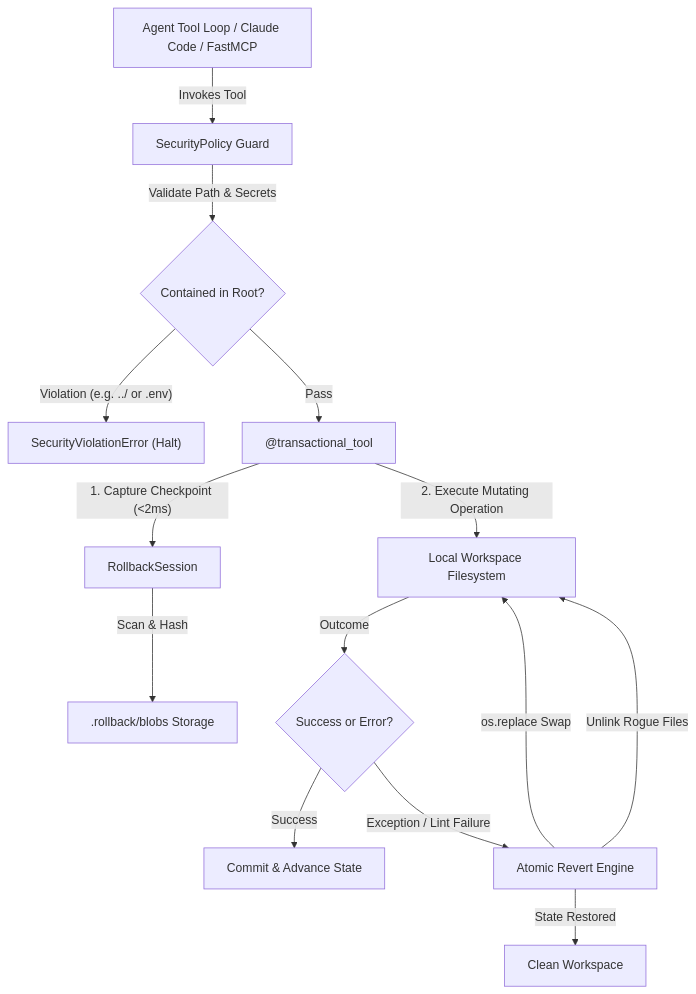
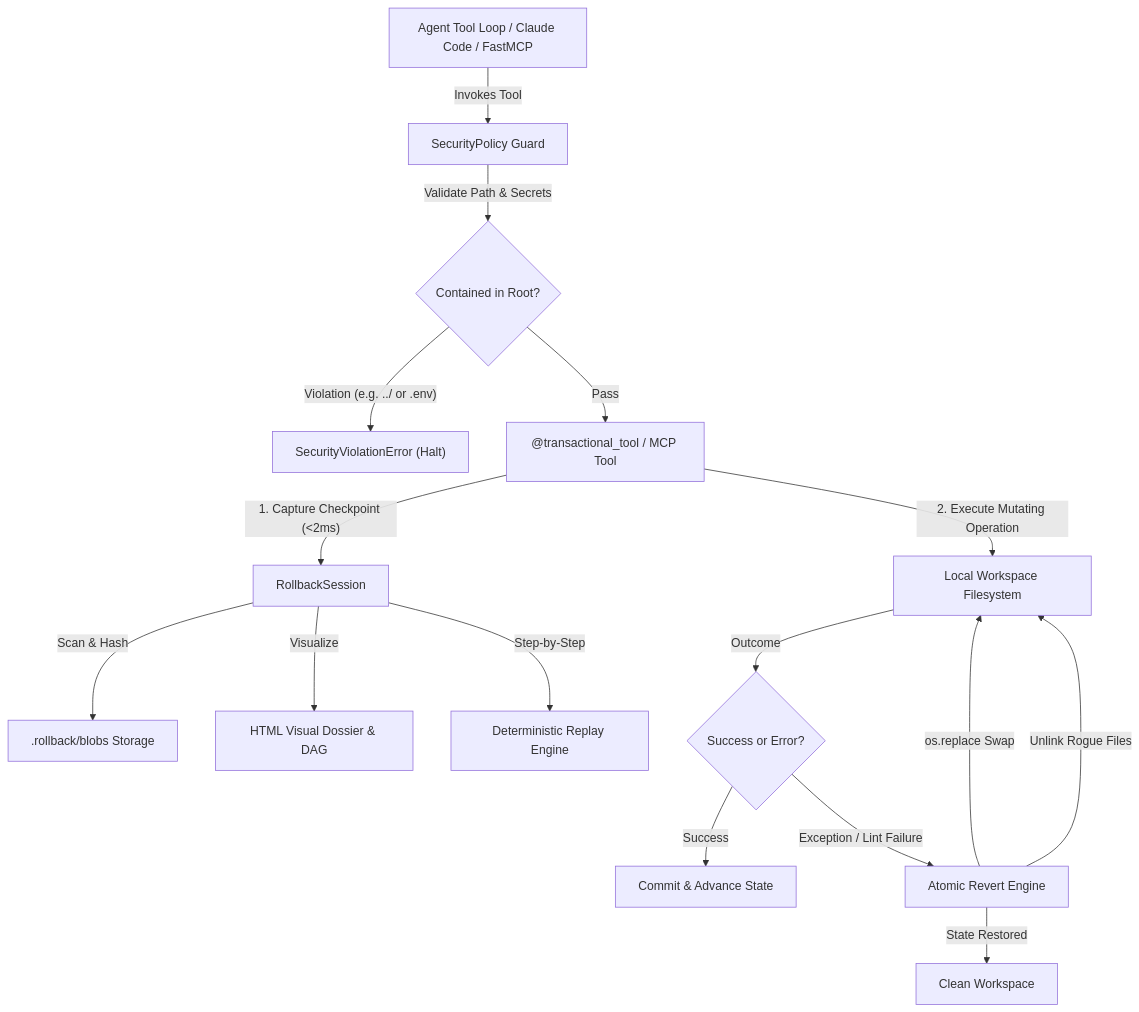
The diagram in README.md (devsoniclk/rollback), drawn with Mermaid before and after one commit. The commit also changed other lines of this file and 12 other files, not shown here.

First line of the commit message:
feat: release v0.4.0 with MCP Server, deterministic replay, and HTML visual dossier

````diff
--- a/README.md
+++ b/README.md
@@ -47,16 +52,18 @@
 ```mermaid
 flowchart TD
     A["Agent Tool Loop / Claude Code / FastMCP"] -->|"Invokes Tool"| B["SecurityPolicy Guard"]
     B -->|"Validate Path & Secrets"| C{"Contained in Root?"}
     C -->|"Violation (e.g. ../ or .env)"| D["SecurityViolationError (Halt)"]
-    C -->|"Pass"| E["@transactional_tool"]
+    C -->|"Pass"| E["@transactional_tool / MCP Tool"]
     E -->|"1. Capture Checkpoint (<2ms)"| F["RollbackSession"]
     F -->|"Scan & Hash"| G[".rollback/blobs Storage"]
     E -->|"2. Execute Mutating Operation"| H["Local Workspace Filesystem"]
     H -->|"Outcome"| I{"Success or Error?"}
     I -->|"Success"| J["Commit & Advance State"]
     I -->|"Exception / Lint Failure"| K["Atomic Revert Engine"]
     K -->|"os.replace Swap"| H
     K -->|"Unlink Rogue Files"| H
     K -->|"State Restored"| L["Clean Workspace"]
+    F -->|"Visualize"| M["HTML Visual Dossier & DAG"]
+    F -->|"Step-by-Step"| N["Deterministic Replay Engine"]
 ```
````
